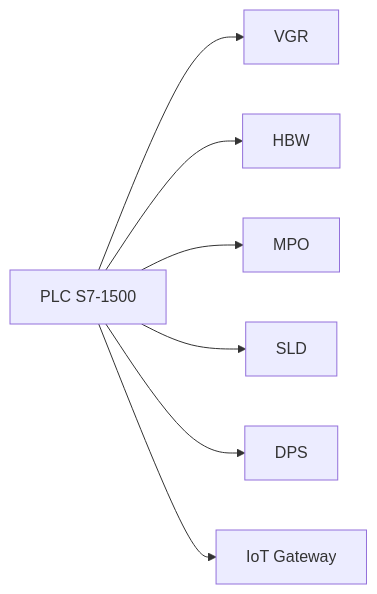
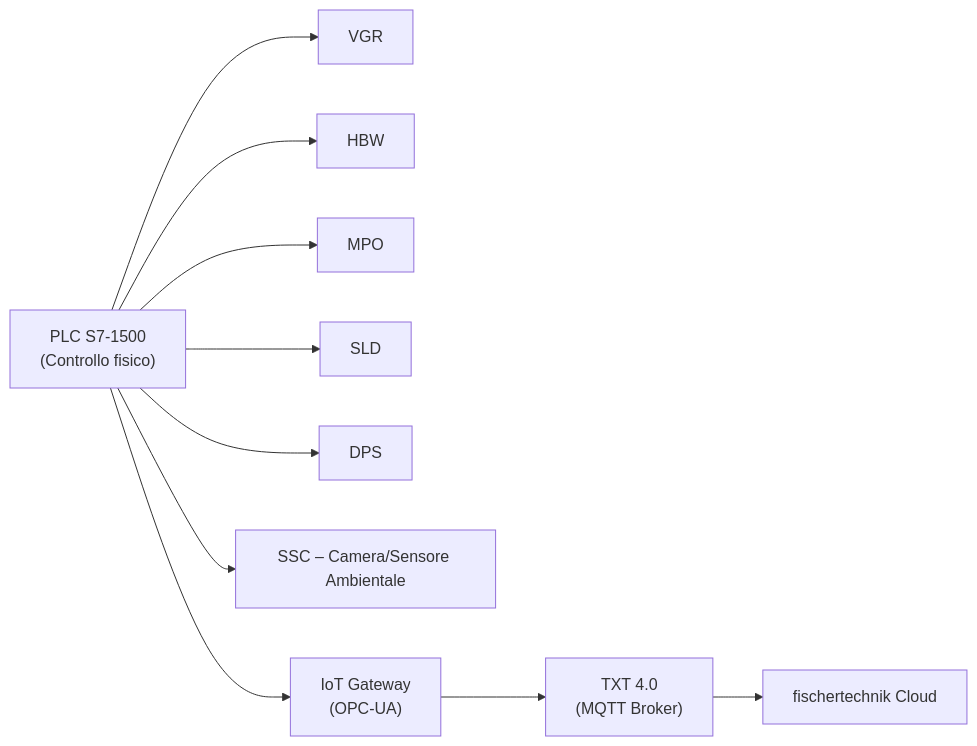
Before and after one commit to Youss-elji/my-vault: the diagram in microfactory-fischertechnik/02_Componenti_Hardware/02.7_PLC_Siemens_S7-1500.md.md, drawn with Mermaid. The commit also changed other lines of this file and 15 other files, not shown here.

````diff
--- a/microfactory-fischertechnik/02_Componenti_Hardware/02.7_PLC_Siemens_S7-1500.md.md
+++ b/microfactory-fischertechnik/02_Componenti_Hardware/02.7_PLC_Siemens_S7-1500.md.md
@@ -91,17 +163,25 @@
 ```mermaid
 flowchart LR
-  PLC["PLC S7-1500"]
-  VGR["VGR"]
-  HBW["HBW"]
-  MPO["MPO"]
-  SLD["SLD"]
-  DPS["DPS"]
-  GATEWAY["IoT Gateway"]
+  PLC["PLC S7-1500<br/>(Controllo fisico)"]
+  VGR["VGR"]
+  HBW["HBW"]
+  MPO["MPO"]
+  SLD["SLD"]
+  DPS["DPS"]
+  SSC["SSC – Camera/Sensore Ambientale"]
+  GATEWAY["IoT Gateway<br/>(OPC-UA)"]
+  TXT["TXT 4.0<br/>(MQTT Broker)"]
+  CLOUD["fischertechnik Cloud"]
 
-  PLC --> VGR
-  PLC --> HBW
-  PLC --> MPO
-  PLC --> SLD
-  PLC --> DPS
-  PLC --> GATEWAY
+  PLC --> VGR
+  PLC --> HBW
+  PLC --> MPO
+  PLC --> SLD
+  PLC --> DPS
+  PLC --> SSC
+
+  PLC --> GATEWAY
+  GATEWAY --> TXT
+  TXT --> CLOUD
+
 ```
````
